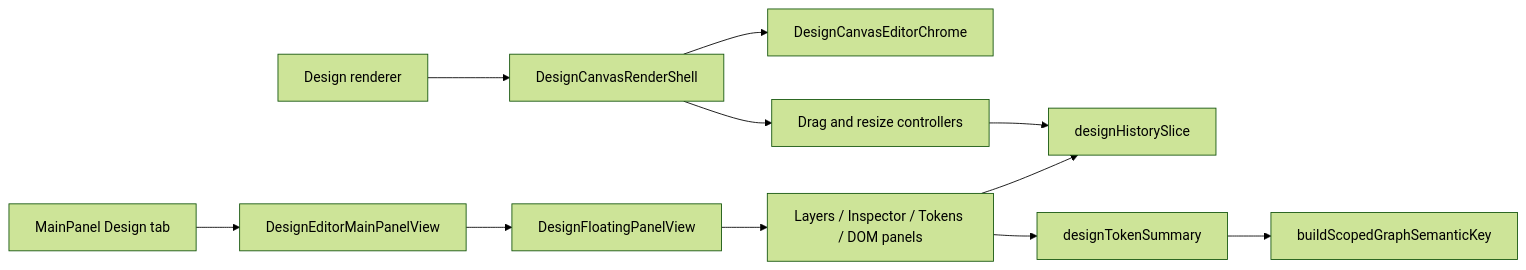
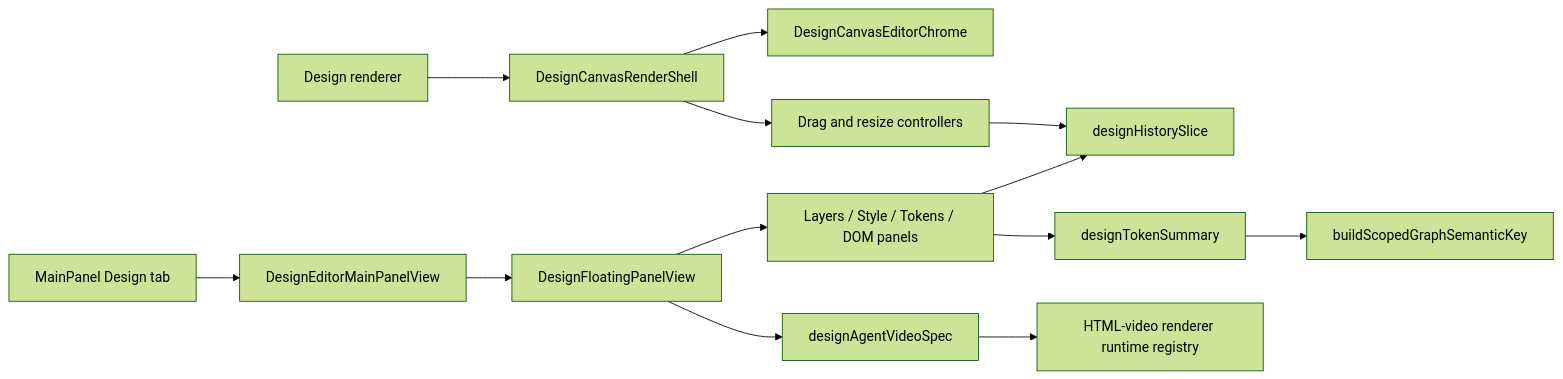
Before and after one commit to huijoohwee/knowgrph: the diagram in docs/documents/knowgrph-open-pencil-inspired-prd-tad.md, drawn with Mermaid (forest theme). The commit also changed other lines of this file and 102 other files, not shown here.

Commit message:
Add HTML video renderer and timeline media release

````diff
--- a/docs/documents/knowgrph-open-pencil-inspired-prd-tad.md
+++ b/docs/documents/knowgrph-open-pencil-inspired-prd-tad.md
@@ -89,13 +100,15 @@
 ```mermaid
 flowchart LR
   A["MainPanel Design tab"] --> B["DesignEditorMainPanelView"]
   C["Design renderer"] --> D["DesignCanvasRenderShell"]
   B --> E["DesignFloatingPanelView"]
   D --> F["DesignCanvasEditorChrome"]
   D --> G["Drag and resize controllers"]
-  E --> H["Layers / Inspector / Tokens / DOM panels"]
+  E --> H["Layers / Style / Tokens / DOM panels"]
   G --> I["designHistorySlice"]
   H --> I
   H --> J["designTokenSummary"]
   J --> K["buildScopedGraphSemanticKey"]
+  E --> L["designAgentVideoSpec"]
+  L --> M["HTML-video renderer runtime registry"]
 ```
````
